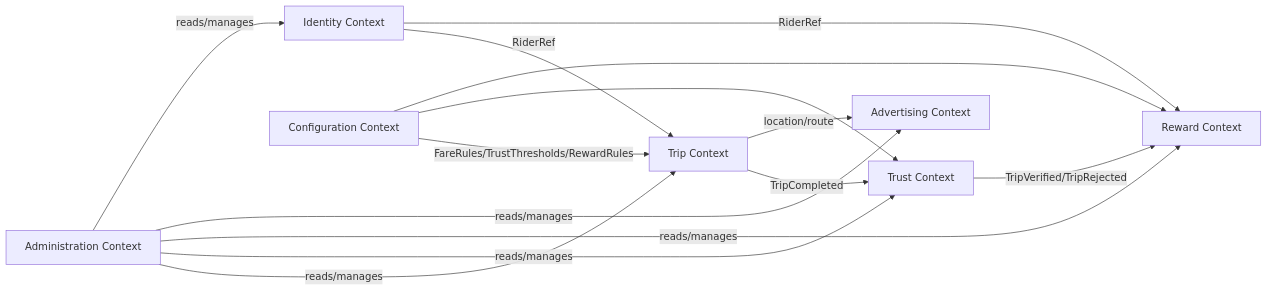
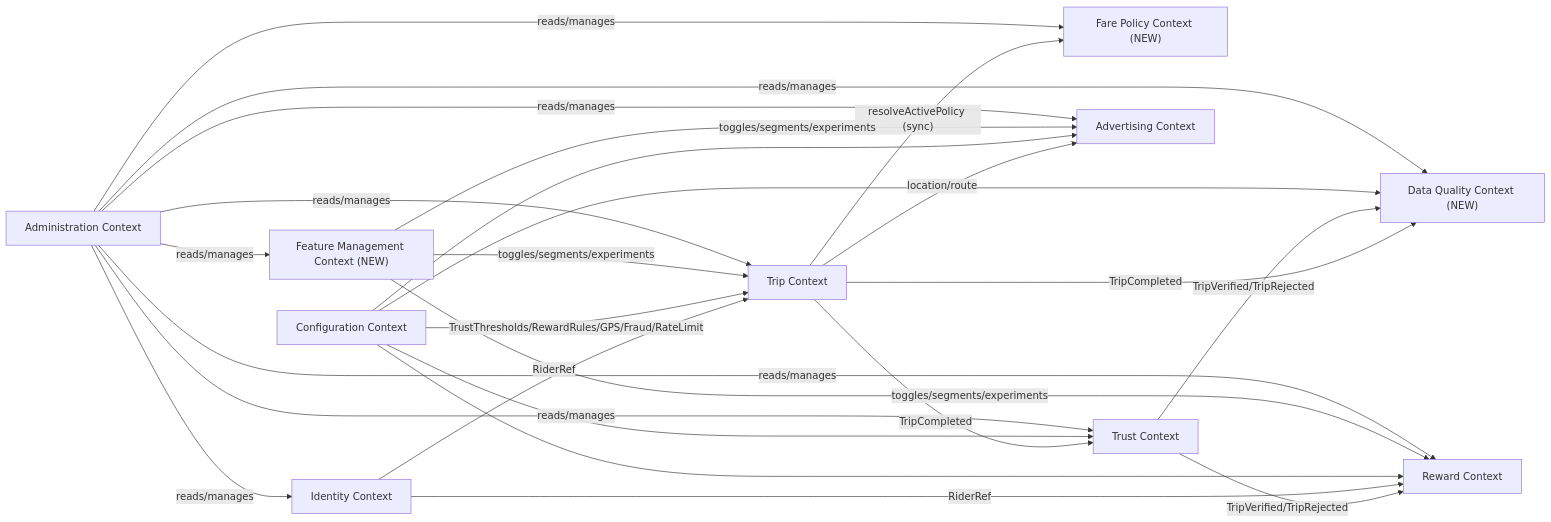
Before and after one commit to shadygad01/TaxiTawsila: the diagram in docs/03-domain-model.md, drawn with Mermaid. The commit also changed other lines of this file and 20 other files, not shown here.

First line of the commit message:
Add Data Quality, Feature Management, Configuration, and Fare Policy platforms

````diff
--- a/docs/03-domain-model.md
+++ b/docs/03-domain-model.md
@@ -9,24 +9,38 @@
 ```mermaid
 flowchart LR
     Identity[Identity Context]
     Trip[Trip Context]
+    FarePolicy["Fare Policy Context (NEW)"]
     Trust[Trust Context]
     Reward[Reward Context]
     Ads[Advertising Context]
+    DataQuality["Data Quality Context (NEW)"]
     Config[Configuration Context]
+    Feature["Feature Management Context (NEW)"]
     Admin[Administration Context]
 
-    Trip -- TripCompleted --> Trust
-    Trust -- TripVerified/TripRejected --> Reward
+    Trip -- "TripCompleted" --> Trust
+    Trip -- "TripCompleted" --> DataQuality
+    Trust -- "TripVerified/TripRejected" --> Reward
+    Trust -- "TripVerified/TripRejected" --> DataQuality
+    Trip -- "resolveActivePolicy (sync)" --> FarePolicy
     Trip -- location/route --> Ads
     Identity -- RiderRef --> Trip
     Identity -- RiderRef --> Reward
-    Config -- FareRules/TrustThresholds/RewardRules --> Trip
+    Config -- "TrustThresholds/RewardRules/GPS/Fraud/RateLimit" --> Trip
     Config --> Trust
     Config --> Reward
-    Admin -- reads/manages --> Trip
-    Admin -- reads/manages --> Trust
-    Admin -- reads/manages --> Reward
-    Admin -- reads/manages --> Ads
-    Admin -- reads/manages --> Identity
+    Config --> DataQuality
+    Config --> Ads
+    Feature -- "toggles/segments/experiments" --> Trip
+    Feature -- "toggles/segments/experiments" --> Reward
+    Feature -- "toggles/segments/experiments" --> Ads
+    Admin -- "reads/manages" --> Trip
+    Admin -- "reads/manages" --> Trust
+    Admin -- "reads/manages" --> Reward
+    Admin -- "reads/manages" --> Ads
+    Admin -- "reads/manages" --> Identity
+    Admin -- "reads/manages" --> DataQuality
+    Admin -- "reads/manages" --> Feature
+    Admin -- "reads/manages" --> FarePolicy
 ```
````
